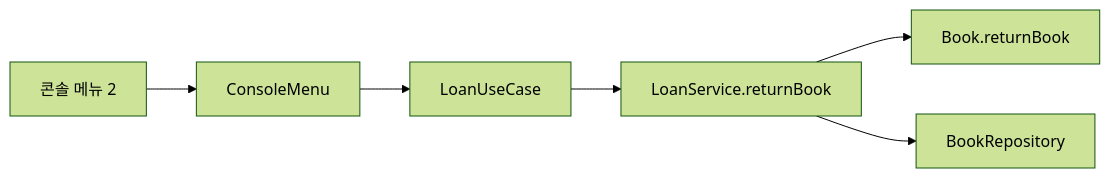
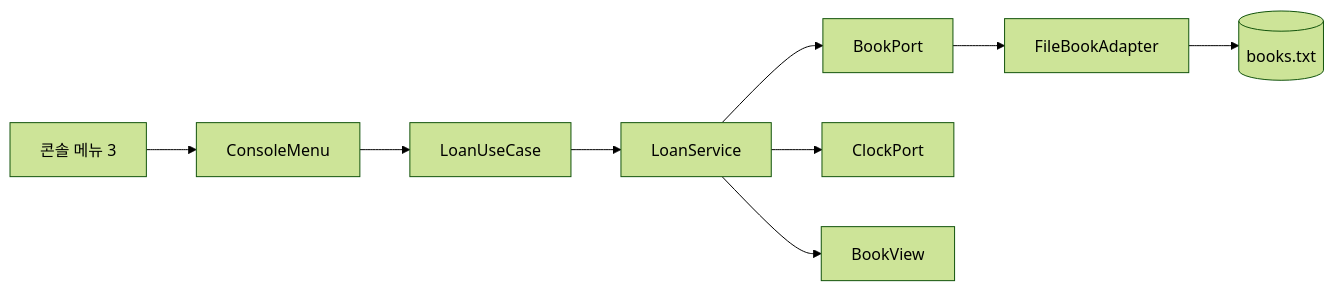
The third of 6 diagrams in .projectcode/wiki/scenarios.md (busan-bank-2026/hexa-example), drawn with Mermaid (forest theme) before and after one commit. The commit also changed other lines of this file and 6 other files, not shown here.

````diff
--- a/.projectcode/wiki/scenarios.md
+++ b/.projectcode/wiki/scenarios.md
@@ -25,8 +57,11 @@
 ```mermaid
 flowchart LR
-  A[콘솔 메뉴 2] --> B[ConsoleMenu]
+  A[콘솔 메뉴 3] --> B[ConsoleMenu]
   B --> C[LoanUseCase]
-  C --> D[LoanService.returnBook]
-  D --> E[Book.returnBook]
-  D --> F[BookRepository]
+  C --> D[LoanService]
+  D --> E[BookPort]
+  E --> F[FileBookAdapter]
+  F --> G[(books.txt)]
+  D --> H[ClockPort]
+  D --> I[BookView]
 ```
````
